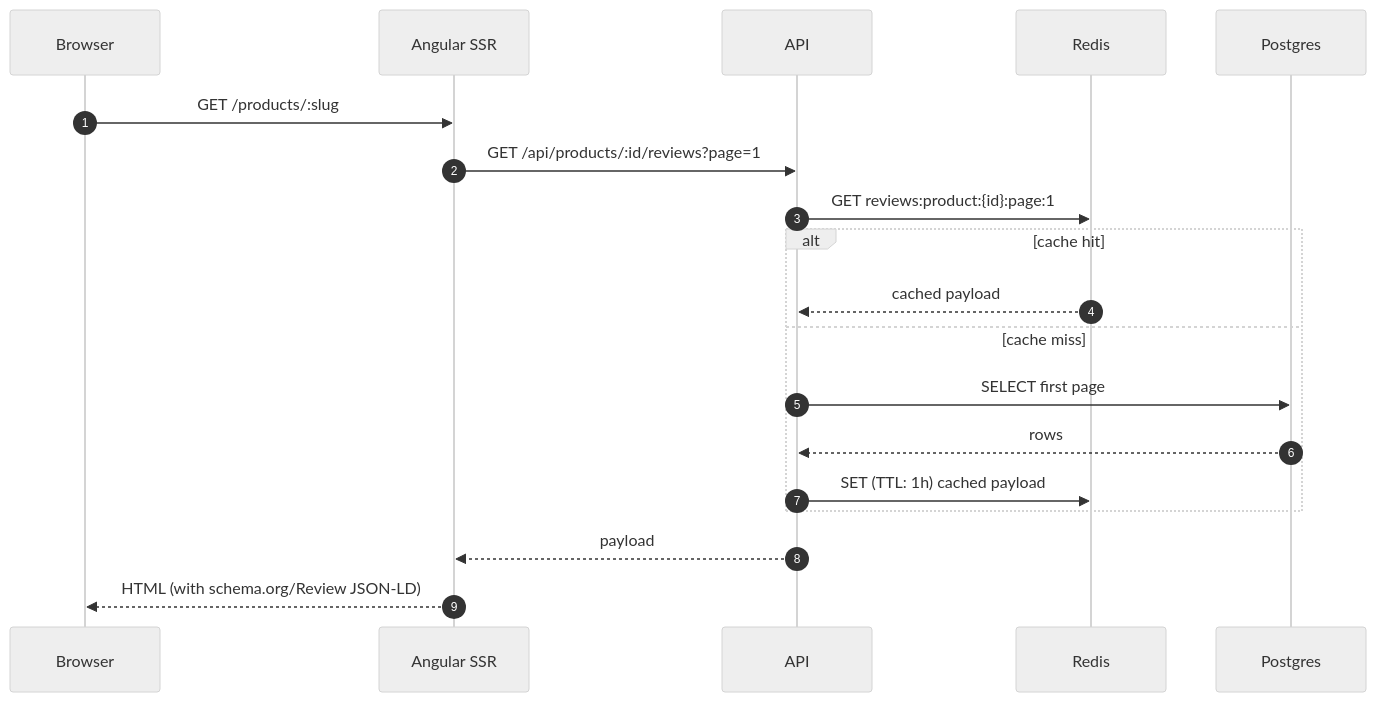
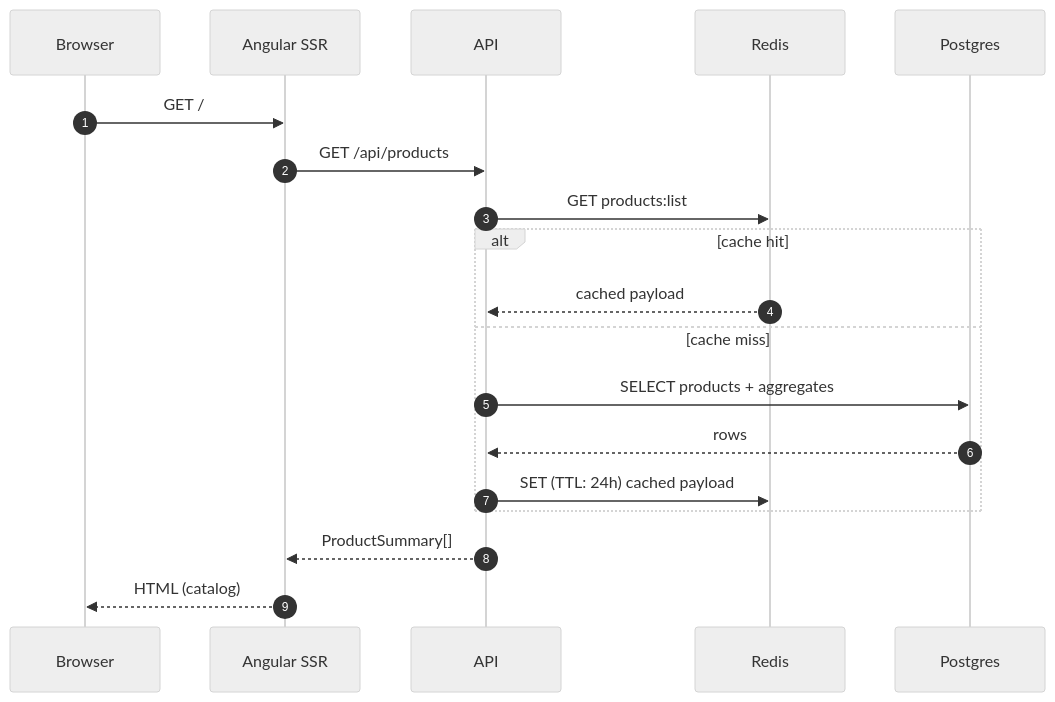
Before and after one commit to KaliCZ/reviews: the third of 12 diagrams in docs/flows.md, drawn with Mermaid (neutral theme). The commit also changed other lines of this file and 111 other files, not shown here.

````diff
--- a/docs/flows.md
+++ b/docs/flows.md
@@ -35,24 +78,24 @@
 ```mermaid
 sequenceDiagram
     autonumber
     participant B as Browser
     participant S as Angular SSR
     participant A as API
     participant R as Redis
     participant P as Postgres
 
-    B->>S: GET /products/:slug
-    S->>A: GET /api/products/:id/reviews?page=1
-    A->>R: GET reviews:product:{id}:page:1
+    B->>S: GET /
+    S->>A: GET /api/products
+    A->>R: GET products:list
 
     alt cache hit
         R-->>A: cached payload
     else cache miss
-        A->>P: SELECT first page
+        A->>P: SELECT products + aggregates
         P-->>A: rows
-        A->>R: SET (TTL: 1h) cached payload
+        A->>R: SET (TTL: 24h) cached payload
     end
 
-    A-->>S: payload
-    S-->>B: HTML (with schema.org/Review JSON-LD)
+    A-->>S: ProductSummary[]
+    S-->>B: HTML (catalog)
 ```
````
